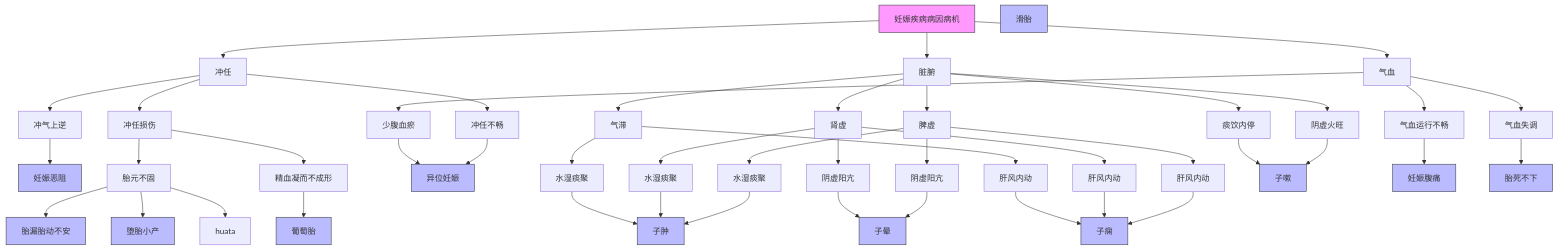
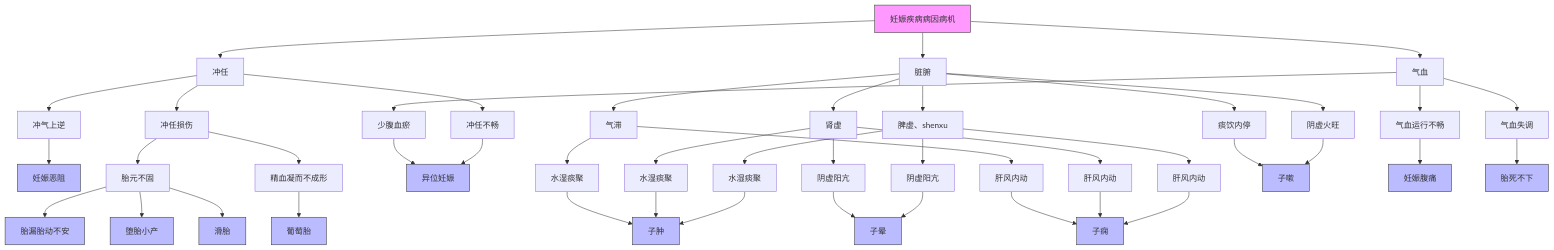
One commit to lili23755/iodraw-files changed the diagram in all/未命名.md. Above: the diagram before and after it, drawn with Mermaid.

Commit message:
2025-04-04 11:02:49 update

````diff
--- a/all/未命名.md
+++ b/all/未命名.md
@@ -1,41 +1,41 @@
 ```mermaid
 flowchart TD
     A[妊娠疾病病因病机] --> B[冲任]
     A --> C[脏腑]
     A --> D[气血]
     
     B --> B1[冲气上逆] --> 妊娠恶阻
-    B --> B2[冲任损伤] --> B2a[胎元不固] -->胎漏胎动不安 & 堕胎小产 & huata
+    B --> B2[冲任损伤] --> B2a[胎元不固] -->胎漏胎动不安 & 堕胎小产 & 滑胎
     B2[冲任损伤] --> B2b[精血凝而不成形] -->葡萄胎 
     B --> B3[冲任不畅] --> 异位妊娠
     
-    C --> C1[脾虚] --> C1a[水湿痰聚] --> 子肿
+    C --> C1[脾虚、shenxu] --> C1a[水湿痰聚] --> 子肿
     C1 --> C1b[肝风内动] --> 子痫
     C1 --> C1c[阴虚阳亢] --> 子晕
     C --> C2[肾虚] --> C2a[水湿痰聚] --> 子肿
     C2 --> C2b[肝风内动] --> 子痫
     C2 --> C2c[阴虚阳亢] --> 子晕
     C --> C3[气滞] --> C3a[水湿痰聚] --> 子肿
     C3 --> C3b[肝风内动] --> 子痫
     C --> C4[阴虚火旺] --> 子嗽
     C --> C5[痰饮内停] --> 子嗽
     
     D --> D1[气血运行不畅] --> 妊娠腹痛
     D --> D2[气血失调] --> 胎死不下
     D --> D3[少腹血瘀] --> 异位妊娠
 
     style A fill:#f9f,stroke:#333
     style 妊娠恶阻 fill:#bbf,stroke:#333
     style 堕胎小产 fill:#bbf,stroke:#333
     style 滑胎 fill:#bbf,stroke:#333
     style 异位妊娠 fill:#bbf,stroke:#333
     style 子肿 fill:#bbf,stroke:#333
     style 子痫 fill:#bbf,stroke:#333
     style 胎漏胎动不安 fill:#bbf,stroke:#333
     style 胎死不下 fill:#bbf,stroke:#333
     style 妊娠腹痛 fill:#bbf,stroke:#333
     style 葡萄胎 fill:#bbf,stroke:#333
     style 子晕 fill:#bbf,stroke:#333
     style 子嗽 fill:#bbf,stroke:#333
 	  
 ```
````
